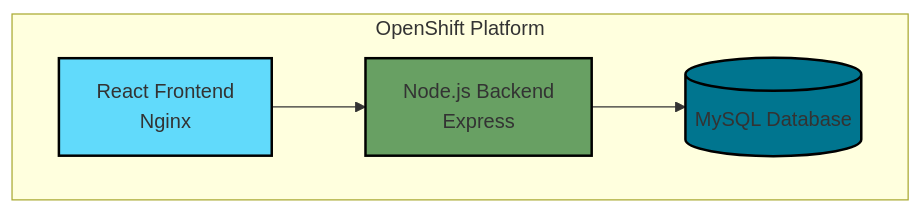
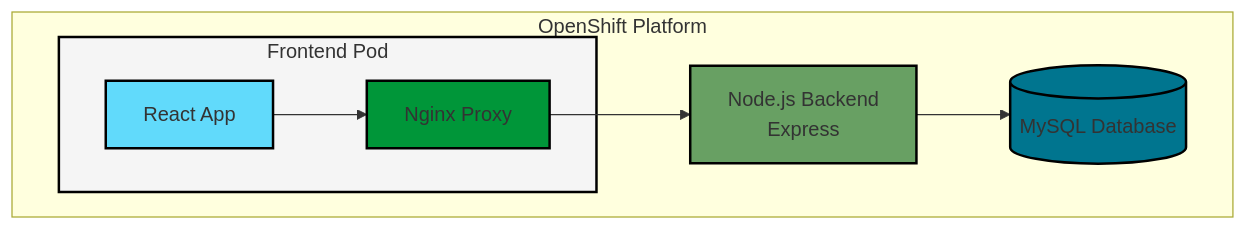
One commit to richfrem/ReactGreetingAppWithMySQLOpenshift changed the diagram in README.md. Above: the diagram before and after it, drawn with Mermaid. The commit also changed other lines of this file and 36 other files, not shown here.

````diff
--- a/README.md
+++ b/README.md
@@ -7,14 +19,19 @@
 ```mermaid
 graph TD
     subgraph OpenShift Platform
-        F[React Frontend<br>Nginx] --> B[Node.js Backend<br>Express]
+        subgraph Frontend[Frontend Pod]
+            R[React App] --> N[Nginx Proxy]
+            style R fill:#61DAFB,stroke:#000,stroke-width:2px
+            style N fill:#009639,stroke:#000,stroke-width:2px
+        end
+        N --> B[Node.js Backend<br>Express]
         B --> D[(MySQL Database)]
 
-        style F fill:#61DAFB,stroke:#000,stroke-width:2px
+        style Frontend fill:#f5f5f5,stroke:#000,stroke-width:2px
         style B fill:#68A063,stroke:#000,stroke-width:2px
         style D fill:#00758F,stroke:#000,stroke-width:2px
     end
 
     classDef platform fill:#DE2E21,stroke:#000,stroke-width:2px
     class OpenShift platform
 ```
````
